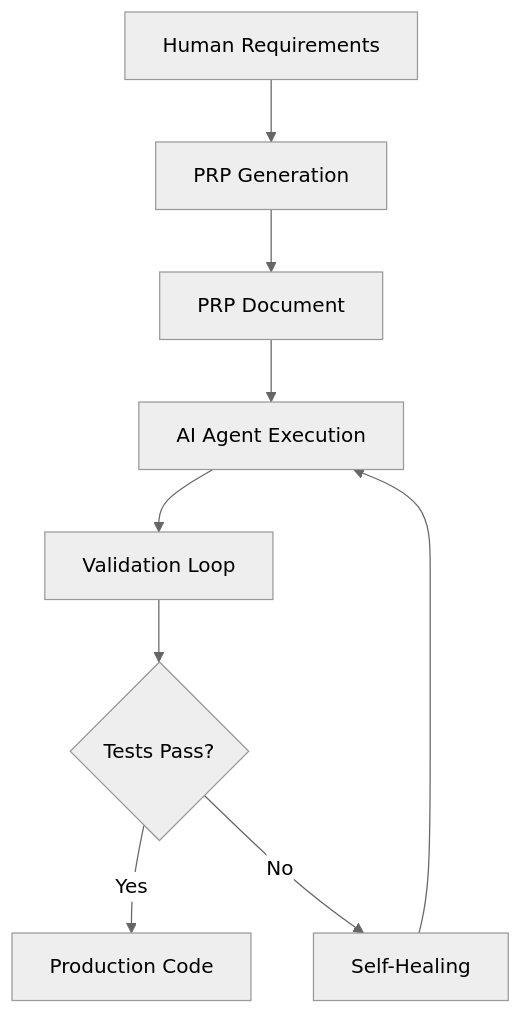
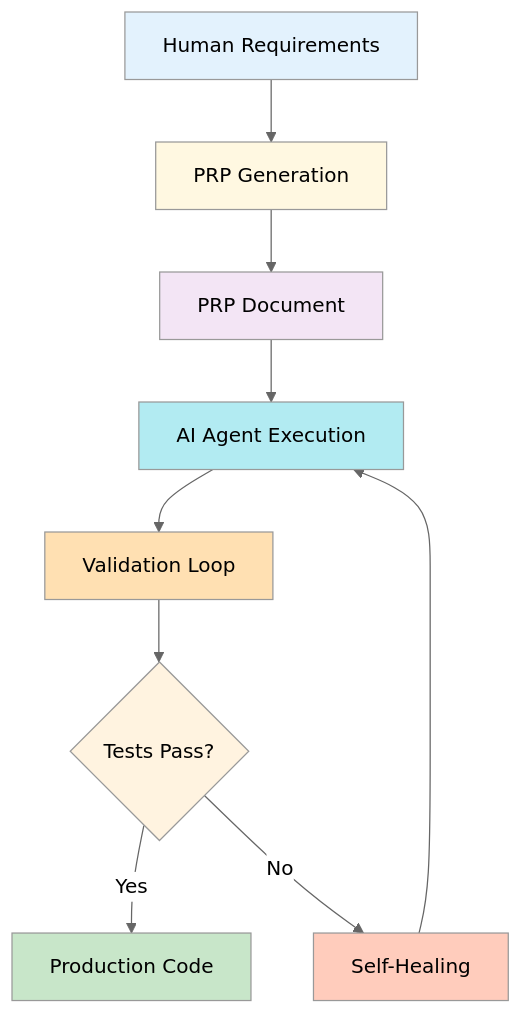
One commit to bprzybys-nc/ctx-eng-plus changed the first of 4 diagrams in docs/01-prp-system.md. Above: the diagram before and after it, drawn with Mermaid (neutral theme). The commit also changed other lines of this file and 8 other files, not shown here.

````diff
--- a/docs/01-prp-system.md
+++ b/docs/01-prp-system.md
@@ -62,11 +62,20 @@
 ```mermaid
 graph TB
     A[Human Requirements] --> B[PRP Generation]
     B --> C[PRP Document]
     C --> D[AI Agent Execution]
     D --> E[Validation Loop]
     E --> F{Tests Pass?}
     F -->|Yes| G[Production Code]
     F -->|No| H[Self-Healing]
     H --> D
+
+    style A fill:#e3f2fd,color:#000
+    style B fill:#fff8e1,color:#000
+    style C fill:#f3e5f5,color:#000
+    style D fill:#b2ebf2,color:#000
+    style E fill:#ffe0b2,color:#000
+    style F fill:#fff3e0,color:#000
+    style G fill:#c8e6c9,color:#000
+    style H fill:#ffccbc,color:#000
 ```
````
